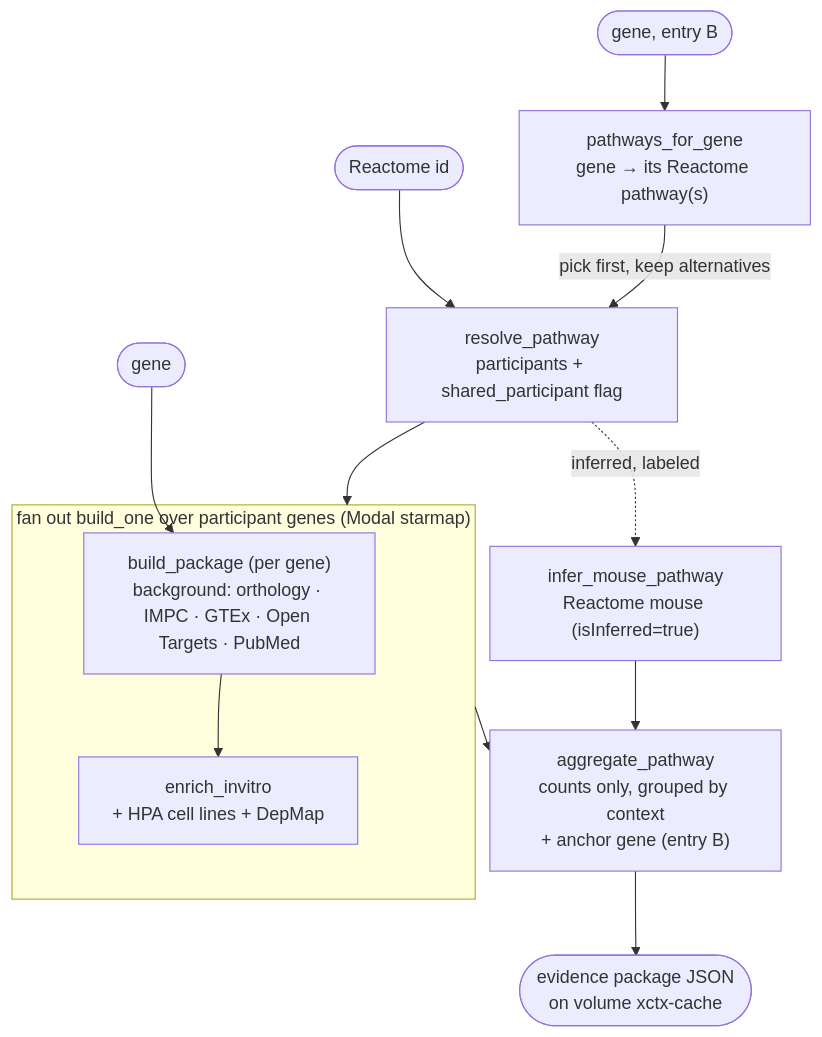
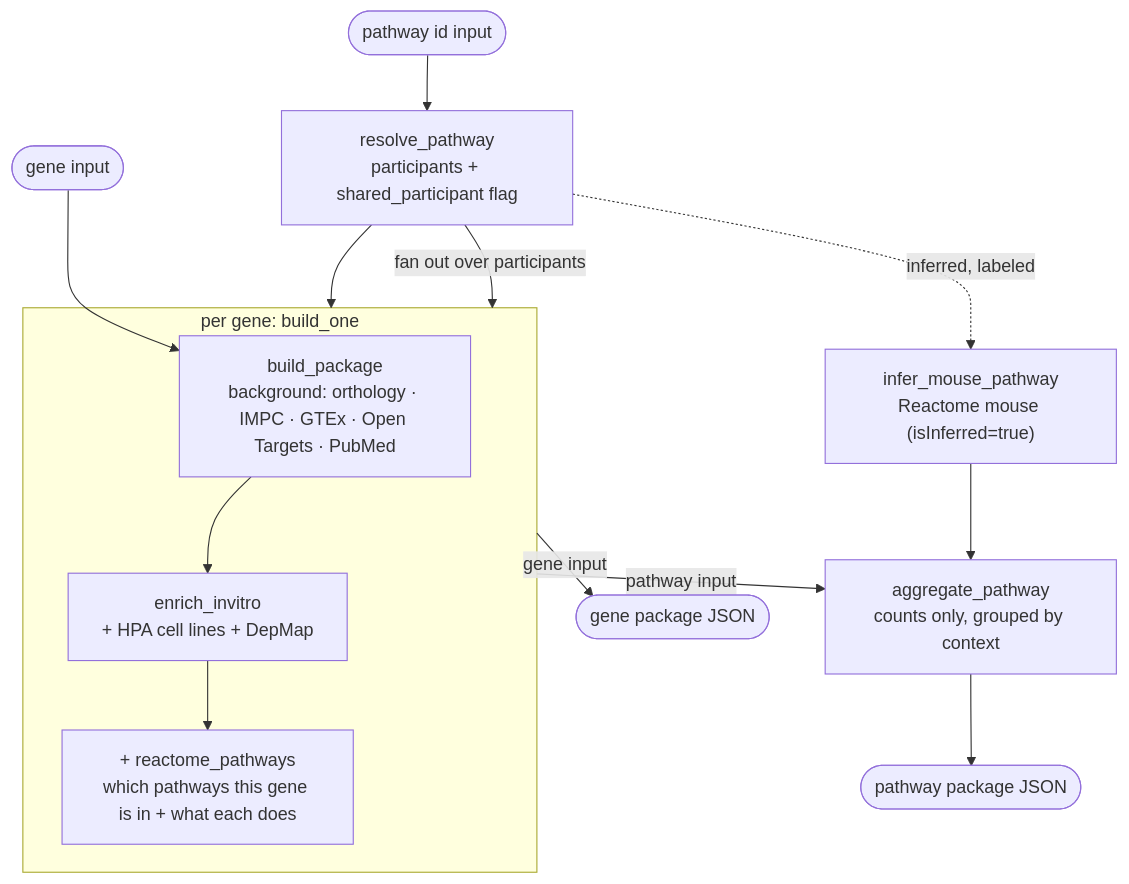
The first of 2 diagrams in data_pipeline/PIPELINE.md (minojWittgen/boston-comp-bio-hack), drawn with Mermaid before and after one commit. The commit also changed other lines of this file and 7 other files, not shown here.

First line of the commit message:
data_pipeline: two inputs (gene / pathway) + gene→pathway membership

````diff
--- a/data_pipeline/PIPELINE.md
+++ b/data_pipeline/PIPELINE.md
@@ -17,18 +19,19 @@
 ```mermaid
 flowchart TD
-    G([gene]) --> ONE
-    RID([Reactome id]) --> RES
-    GB([gene, entry B]) --> P4G["pathways_for_gene<br/>gene → its Reactome pathway(s)"]
-    P4G -->|pick first, keep alternatives| RES["resolve_pathway<br/>participants + shared_participant flag"]
+    G([gene input]) --> ONE
+    RID([pathway id input]) --> RES["resolve_pathway<br/>participants + shared_participant flag"]
     RES --> FAN
 
-    subgraph FAN ["fan out build_one over participant genes (Modal starmap)"]
-        ONE["build_package (per gene)<br/>background: orthology · IMPC · GTEx · Open Targets · PubMed"]
+    subgraph FAN ["per gene: build_one"]
+        ONE["build_package<br/>background: orthology · IMPC · GTEx · Open Targets · PubMed"]
         ONE --> IV["enrich_invitro<br/>+ HPA cell lines + DepMap"]
+        IV --> MEM["+ reactome_pathways<br/>which pathways this gene is in + what each does"]
     end
 
-    FAN --> AGG["aggregate_pathway<br/>counts only, grouped by context<br/>+ anchor gene (entry B)"]
+    RES -->|fan out over participants| FAN
+    FAN -->|gene input| GPKG([gene package JSON])
+    FAN -->|pathway input| AGG["aggregate_pathway<br/>counts only, grouped by context"]
     RES -.->|inferred, labeled| MOUSE["infer_mouse_pathway<br/>Reactome mouse (isInferred=true)"]
     MOUSE --> AGG
-    AGG --> PKG([evidence package JSON<br/>on volume xctx-cache])
+    AGG --> PPKG([pathway package JSON])
 ```
````
